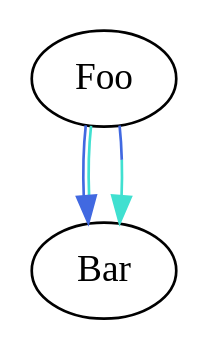
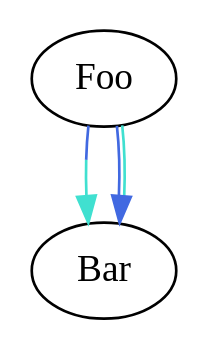
Before and after one commit to mariusz-schimke/GiGraph: diagram 17 of 34 in README.md, drawn with Graphviz. The commit also changed other lines of this file and 2 other files, not shown here.

````diff
--- a/README.md
+++ b/README.md
@@ -851,7 +855,7 @@
 ```dot
 digraph
 {
+    Foo -> Bar [ color = "royalblue;0.5:turquoise" ]
     Foo -> Bar [ color = "royalblue:turquoise" ]
-    Foo -> Bar [ color = "royalblue;0.5:turquoise" ]
 }
 ```
````
